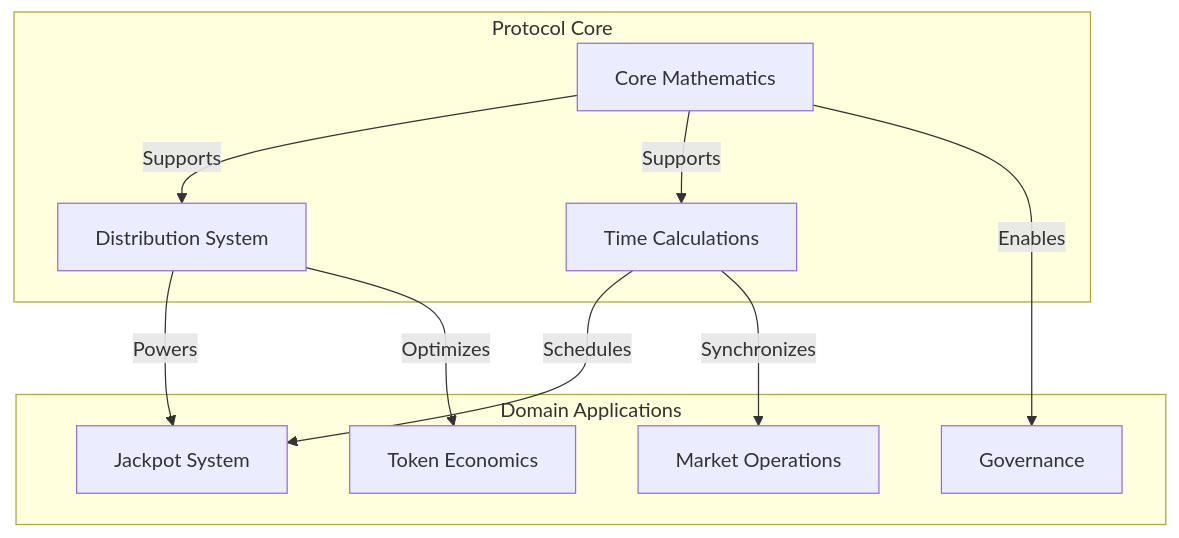
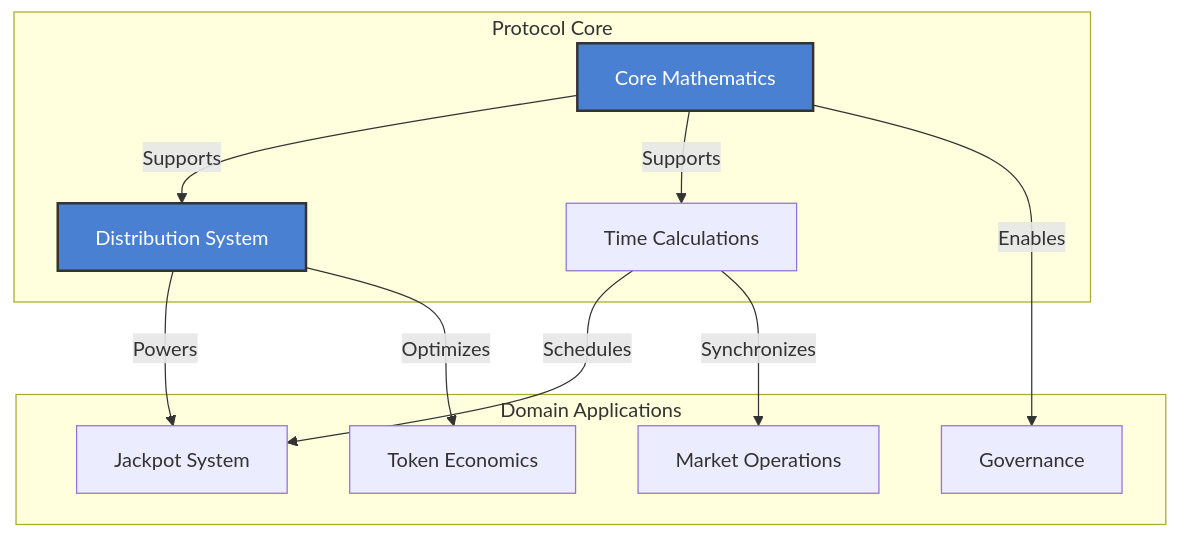
Before and after one commit to wenakita/sonicreddragon-docs: the diagram in docs/contracts/math/overview.md, drawn with Mermaid. The commit also changed 44 other files, not shown here.

````diff
--- a/docs/contracts/math/overview.md
+++ b/docs/contracts/math/overview.md
@@ -13,26 +13,27 @@
 ```mermaid
 flowchart TD
     subgraph "Protocol Core"
         CoreMath["Core Mathematics"]
         DistributionSystem["Distribution System"]
         TimeCalculations["Time Calculations"]
     end
     
     subgraph "Domain Applications"
         Governance["Governance"]
         Jackpot["Jackpot System"]
         Market["Market Operations"]
         Tokenomics["Token Economics"]
     end
     
     CoreMath -->|"Supports"| DistributionSystem
     CoreMath -->|"Supports"| TimeCalculations
     
     DistributionSystem -->|"Powers"| Jackpot
     CoreMath -->|"Enables"| Governance
     TimeCalculations -->|"Schedules"| Jackpot
     TimeCalculations -->|"Synchronizes"| Market
     DistributionSystem -->|"Optimizes"| Tokenomics
     
+    classDef highlight fill:#4a80d1,stroke:#333,stroke-width:2px,color:white;
     class CoreMath,DistributionSystem highlight
 ```
````
